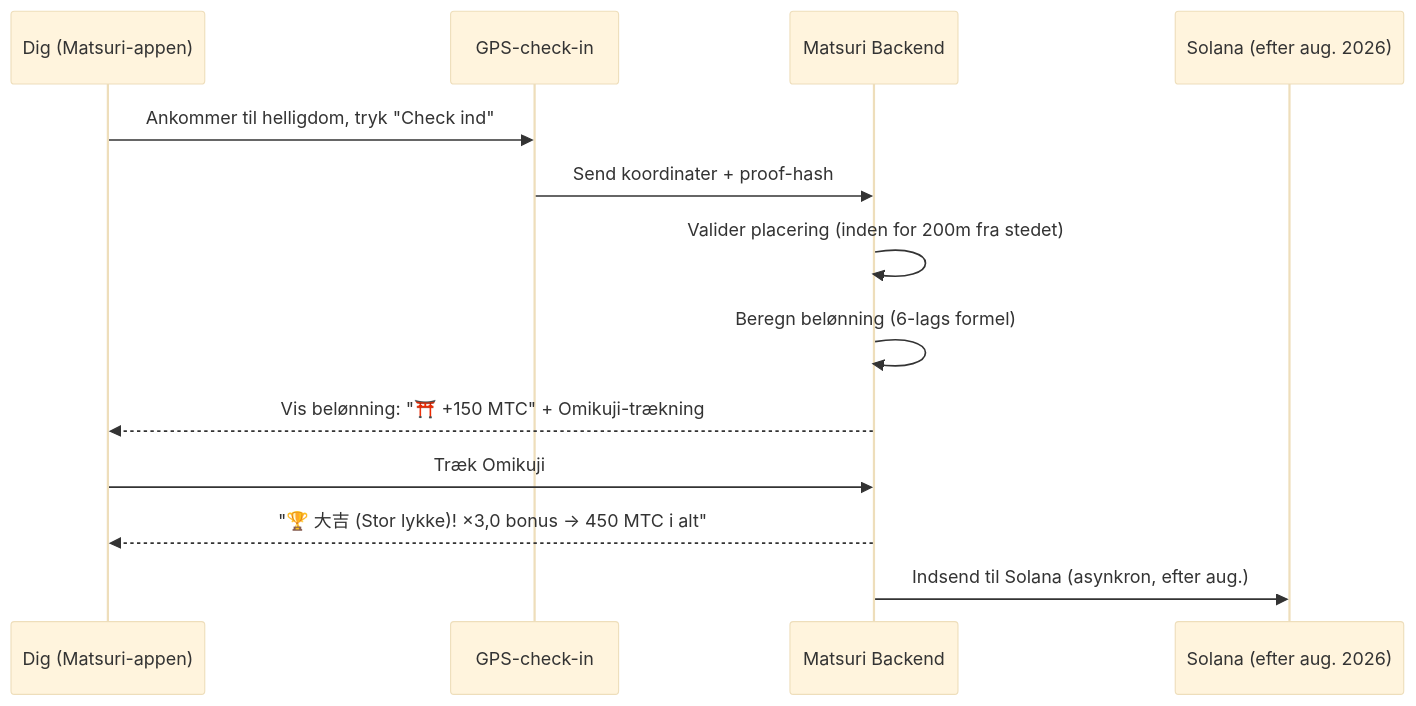
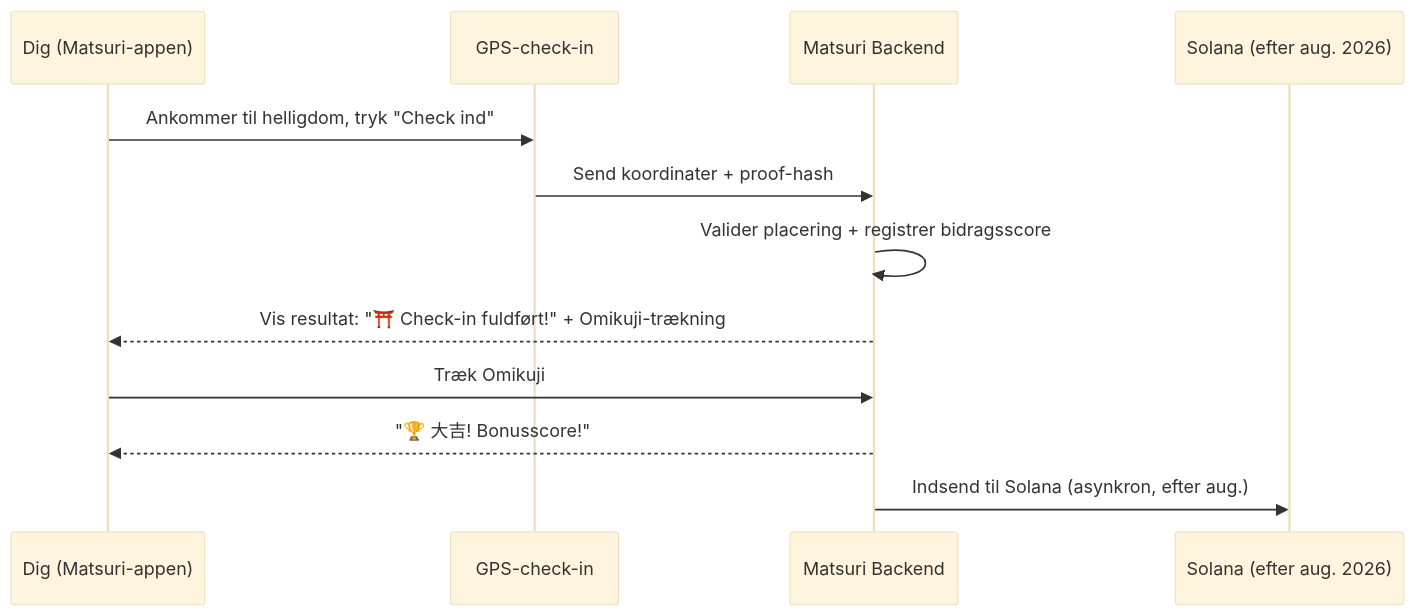
Before and after one commit to Cootakahashi/matsuri-dao-whitepaper: the second of 3 diagrams in i18n/da/docusaurus-plugin-content-docs/current/04b-how-to-earn.md, drawn with Mermaid (base theme). The commit also changed other lines of this file and 51 other files, not shown here.

````diff
--- a/i18n/da/docusaurus-plugin-content-docs/current/04b-how-to-earn.md
+++ b/i18n/da/docusaurus-plugin-content-docs/current/04b-how-to-earn.md
@@ -76,16 +76,15 @@
 ```mermaid
 sequenceDiagram
     participant U as Dig (Matsuri-appen)
     participant GPS as GPS-check-in
     participant API as Matsuri Backend
     participant SC as Solana (efter aug. 2026)
 
     U->>GPS: Ankommer til helligdom, tryk "Check ind"
     GPS->>API: Send koordinater + proof-hash
-    API->>API: Valider placering (inden for 200m fra stedet)
-    API->>API: Beregn belønning (6-lags formel)
-    API-->>U: Vis belønning: "⛩️ +150 MTC" + Omikuji-trækning
+    API->>API: Valider placering + registrer bidragsscore
+    API-->>U: Vis resultat: "⛩️ Check-in fuldført!" + Omikuji-trækning
     U->>API: Træk Omikuji
-    API-->>U: "🏆 大吉 (Stor lykke)! ×3,0 bonus → 450 MTC i alt"
+    API-->>U: "🏆 大吉! Bonusscore!"
     API->>SC: Indsend til Solana (asynkron, efter aug.)
 ```
````
